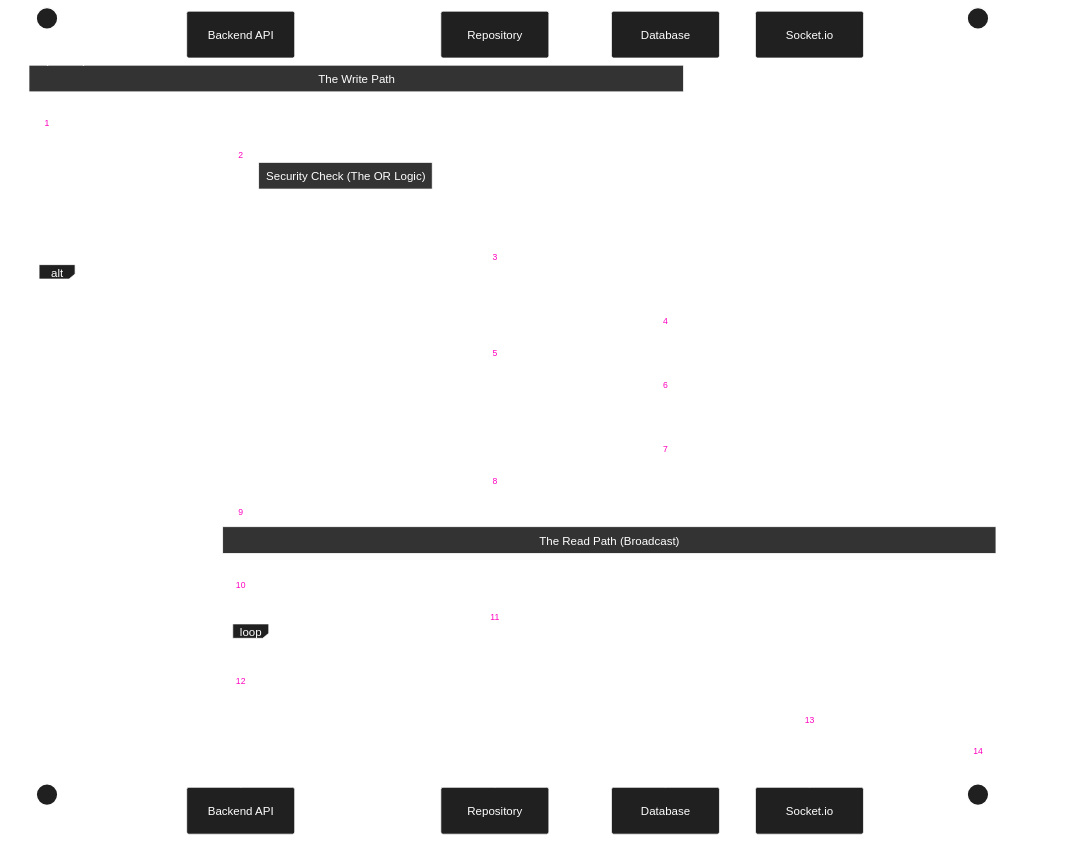
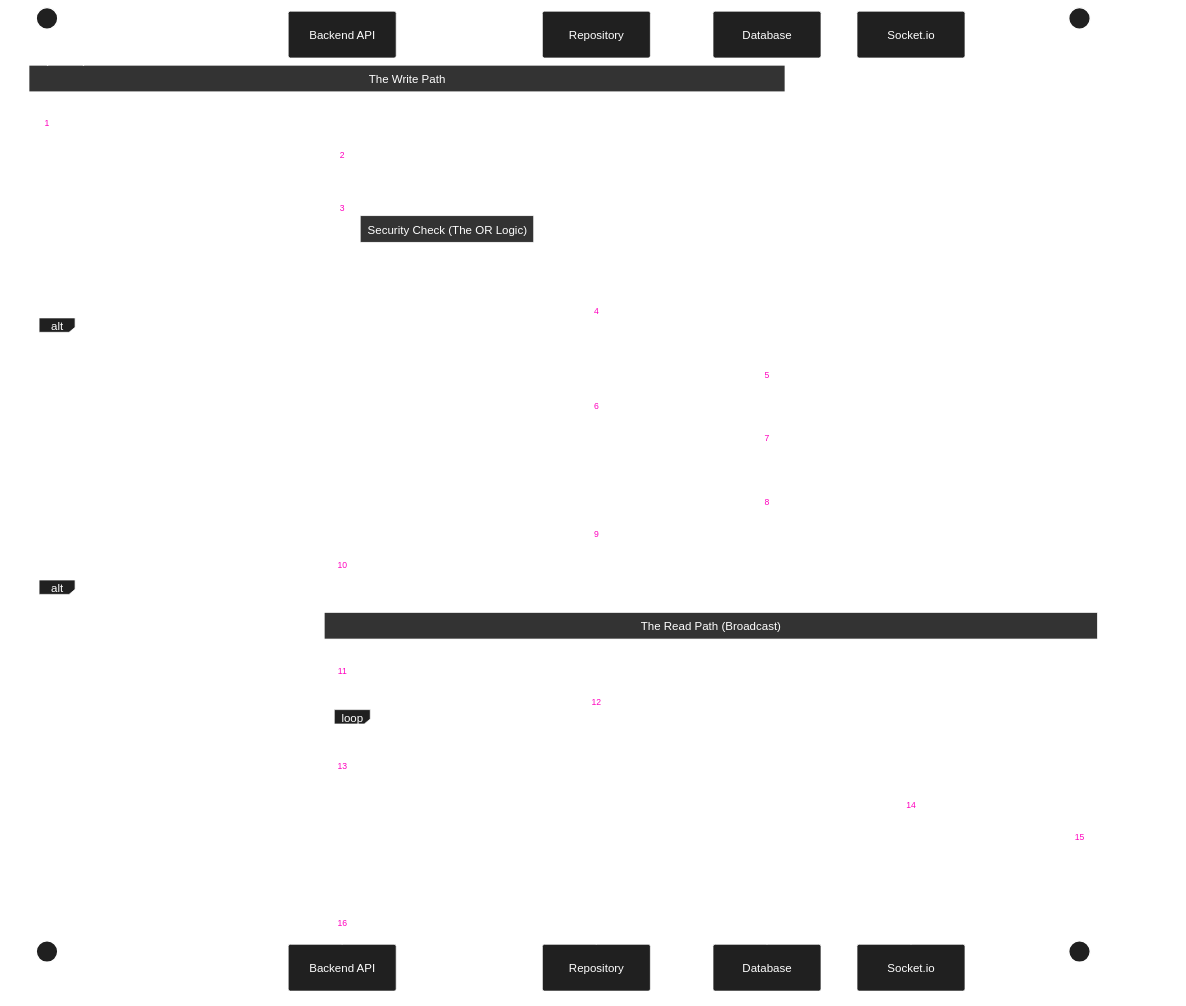
One commit to michaelgreenl/tally-tracker changed the diagram in docs/diagrams/sequence/counter/realtime-shared-increment.md. Above: the diagram before and after it, drawn with Mermaid. The commit also changed 14 other files, not shown here.

Commit message:
docs: diagram & generated prisma alignment

````diff
--- a/docs/diagrams/sequence/counter/realtime-shared-increment.md
+++ b/docs/diagrams/sequence/counter/realtime-shared-increment.md
@@ -3,58 +3,63 @@
 ```mermaid
 %%{
   init: {
     'theme': 'base',
     'themeVariables': {
       'primaryColor': '#202020',
       'primaryTextColor': '#fff',
       'primaryBorderColor': '#ffffff',
       'lineColor': '#00ff41',
       'secondaryColor': '#006100',
       'tertiaryColor': '#fff',
       'noteBkgColor': '#333',
       'noteTextColor': '#fff',
       'noteBorderColor': '#fff'
     }
   }
 }%%
 
 sequenceDiagram
     autonumber
     actor Owner as User A (Owner)
     participant API as Backend API
     participant Repo as Repository
     participant DB as Database
     participant Socket as Socket.io
     actor Viewer as User B (Shared)
 
     Note over Owner, DB: The Write Path
-    Owner->>API: PUT /increment (Amount: 1)
+    Owner->>API: PUT /counters/increment/:counterId (Amount: 1)
 
+    API->>API: runIdempotentMutation()
     API->>Repo: increment({ counterId, userId, amount })
 
     Note right of API: Security Check (The OR Logic)
     Repo->>DB: Find Counter where:<br/>1. User is Owner<br/>OR<br/>2. Share is ACCEPTED
 
     alt Permission Granted
         DB-->>Repo: Counter Found
         Repo->>DB: Update count
         DB-->>API: Updated Counter Data
     else Permission Denied
         DB-->>Repo: Null
         Repo-->>API: Null
         API-->>Owner: 404 Not Found
     end
 
-    Note over API, Viewer: The Read Path (Broadcast)
+    alt Fresh Mutation
+        Note over API, Viewer: The Read Path (Broadcast)
 
-    API->>Repo: getParticipants(counterId)
-    Repo-->>API: Returns [OwnerID, ViewerID]
+        API->>Repo: getParticipants(counterId)
+        Repo-->>API: Returns [OwnerID, ViewerID]
 
-    loop For Each Participant
-        API->>Socket: io.to(UserID).emit('counter-update', counter)
+        loop For Each Participant
+            API->>Socket: io.to(UserID).emit('counter-update', counter)
+        end
+
+        Socket-->>Viewer: Event: 'counter-update'
+        Viewer->>Viewer: Store Updates State (UI Refreshes)
+    else Replayed Idempotency Response
+        API-->>Owner: Return original response without re-emitting
     end
 
-    Socket-->>Viewer: Event: 'counter-update'
-    Viewer->>Viewer: Store Updates State (UI Refreshes)
-
 ```
````
